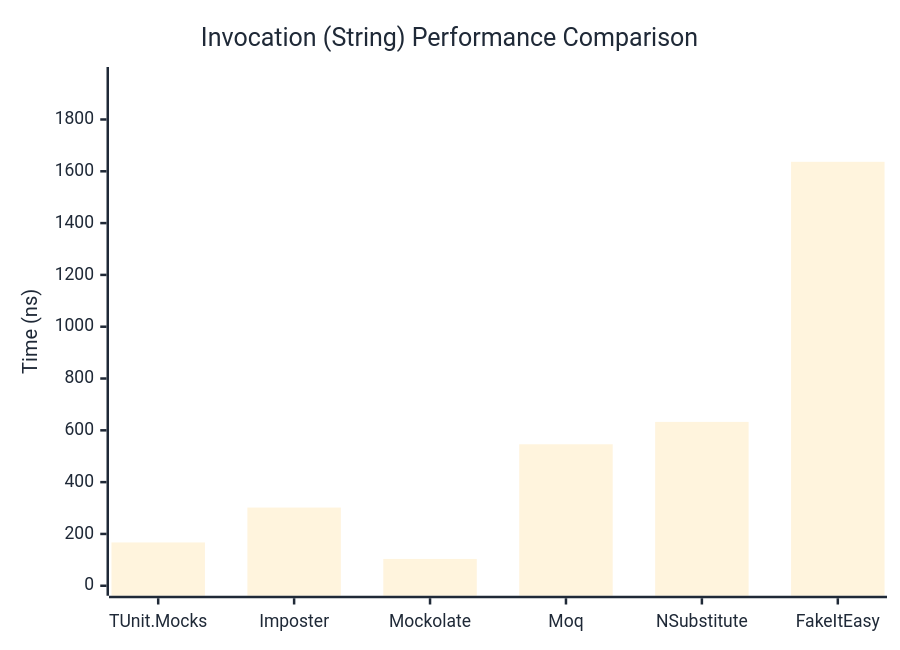
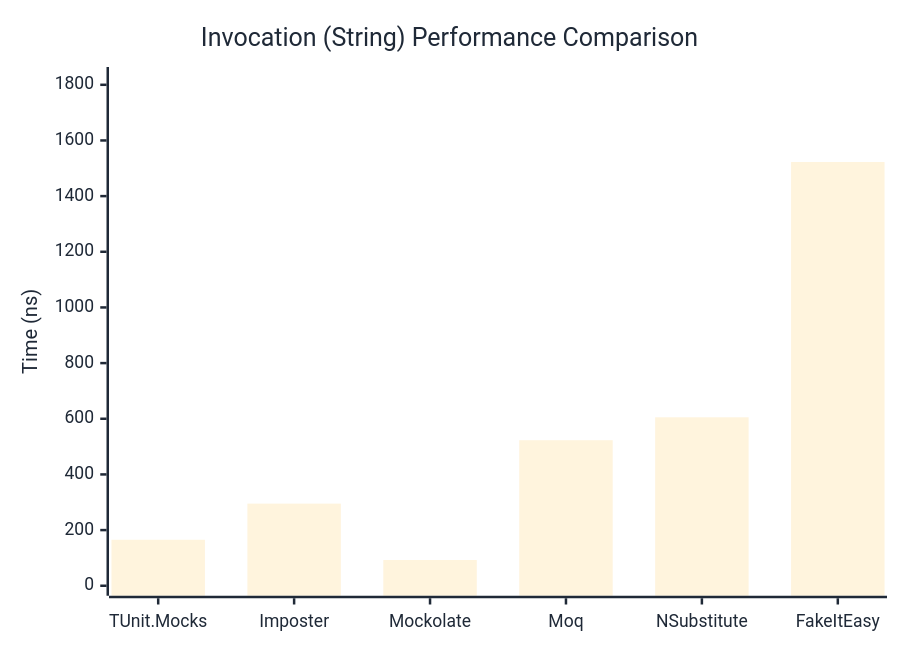
Before and after one commit to thomhurst/TUnit: the second of 3 diagrams in docs/docs/benchmarks/mocks/Invocation.md, drawn with Mermaid. The commit also changed other lines of this file and 14 other files, not shown here.

````diff
--- a/docs/docs/benchmarks/mocks/Invocation.md
+++ b/docs/docs/benchmarks/mocks/Invocation.md
@@ -71,27 +71,27 @@
 ```mermaid
 %%{init: {
   'theme':'base',
   'themeVariables': {
     'primaryColor': '#2563eb',
     'primaryTextColor': '#1f2937',
     'primaryBorderColor': '#1e40af',
     'lineColor': '#6b7280',
     'secondaryColor': '#7c3aed',
     'tertiaryColor': '#dc2626',
     'background': '#ffffff',
     'pie1': '#2563eb',
     'pie2': '#7c3aed',
     'pie3': '#dc2626',
     'pie4': '#f59e0b',
     'pie5': '#10b981',
     'pie6': '#06b6d4',
     'pie7': '#ec4899',
     'pie8': '#6366f1'
   }
 }}%%
 xychart-beta
   title "Invocation (String) Performance Comparison"
   x-axis ["TUnit.Mocks", "Imposter", "Mockolate", "Moq", "NSubstitute", "FakeItEasy"]
-  y-axis "Time (ns)" 0 --> 1964
-  bar [167.2, 301.9, 103.5, 546.2, 632.5, 1636.6]
+  y-axis "Time (ns)" 0 --> 1828
+  bar [165.24, 295.07, 92.44, 522.96, 605.24, 1522.53]
 ```
````
